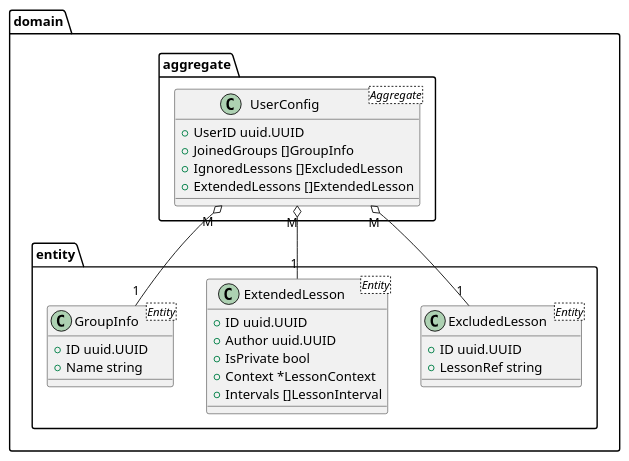
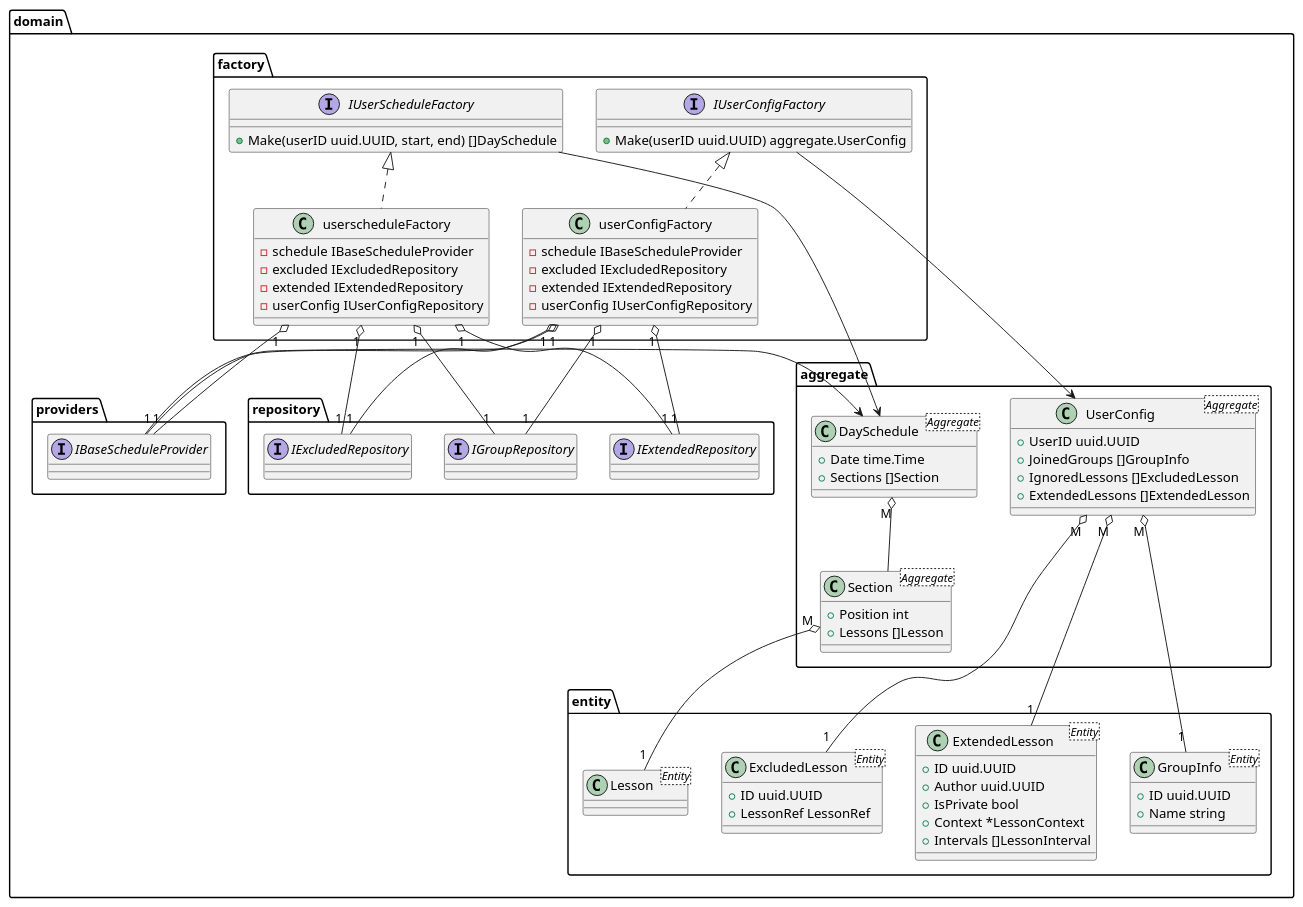
One commit to tellmeac/ExtendedSchedule changed the diagram in ExtendedSchedule/docs/domain.puml. Above: the diagram before and after it, drawn with PlantUML. The commit also changed 11 other files, not shown here.

Commit message:
feat: extended build in factory

```diff
--- a/ExtendedSchedule/docs/domain.puml
+++ b/ExtendedSchedule/docs/domain.puml
@@ -1,38 +1,111 @@
 @startuml EntityDiagram
 
 namespace domain {
-    namespace aggregate {
-        class UserConfig <Aggregate> {
-            +UserID uuid.UUID
-            +JoinedGroups []GroupInfo
-            +IgnoredLessons []ExcludedLesson
-            +ExtendedLessons []ExtendedLesson
+    namespace entity {
+        class Lesson <Entity> {
+
         }
-    }
 
-    namespace entity {
         class ExcludedLesson <Entity> {
             +ID uuid.UUID
-            +LessonRef string
+            +LessonRef LessonRef
         }
 
         class ExtendedLesson <Entity> {
             +ID uuid.UUID
             +Author uuid.UUID
             +IsPrivate bool
             +Context *LessonContext
             +Intervals []LessonInterval
         }
 
         class GroupInfo <Entity> {
             + ID uuid.UUID
             + Name string
         }
     }
 
+    namespace aggregate {
+        class UserConfig <Aggregate> {
+            +UserID uuid.UUID
+            +JoinedGroups []GroupInfo
+            +IgnoredLessons []ExcludedLesson
+            +ExtendedLessons []ExtendedLesson
+        }
+
+        class DaySchedule <Aggregate> {
+            +Date time.Time
+            +Sections []Section
+        }
+
+        class Section <Aggregate> {
+            +Position int
+            +Lessons []Lesson
+        }
+
+        DaySchedule "M" o-- Section
+        Section "M" o-- "1" domain.entity.Lesson
+    }
+
     domain.aggregate.UserConfig "M" o-- "1" domain.entity.ExcludedLesson
     domain.aggregate.UserConfig "M" o-- "1" domain.entity.ExtendedLesson
     domain.aggregate.UserConfig "M" o-- "1" domain.entity.GroupInfo
+
+    namespace repository {
+        interface IExcludedRepository {
+        }
+
+        interface IExtendedRepository {
+        }
+
+        interface IGroupRepository {
+        }
+    }
+
+    namespace providers {
+        interface IBaseScheduleProvider {
+        }
+
+        IBaseScheduleProvider --r-> domain.aggregate.DaySchedule
+    }
+
+    namespace factory {
+        interface IUserConfigFactory {
+            +Make(userID uuid.UUID) aggregate.UserConfig
+        }
+
+        IUserConfigFactory --> domain.aggregate.UserConfig
+
+        class userConfigFactory implements IUserConfigFactory {
+            -schedule IBaseScheduleProvider
+            -excluded IExcludedRepository
+            -extended IExtendedRepository
+            -userConfig IUserConfigRepository
+        }
+
+        userConfigFactory "1" o-- "1" domain.repository.IExcludedRepository
+        userConfigFactory "1" o-- "1" domain.repository.IExtendedRepository
+        userConfigFactory "1" o-- "1" domain.repository.IGroupRepository
+        userConfigFactory "1" o-- "1" domain.providers.IBaseScheduleProvider
+
+        interface IUserScheduleFactory {
+            +Make(userID uuid.UUID, start, end) []DaySchedule
+        }
+
+        IUserScheduleFactory --> domain.aggregate.DaySchedule
+
+        class userscheduleFactory implements IUserScheduleFactory {
+            -schedule IBaseScheduleProvider
+            -excluded IExcludedRepository
+            -extended IExtendedRepository
+            -userConfig IUserConfigRepository
+        }
+
+        userscheduleFactory "1" o-- "1" domain.repository.IExcludedRepository
+        userscheduleFactory "1" o-- "1" domain.repository.IExtendedRepository
+        userscheduleFactory "1" o-- "1" domain.repository.IGroupRepository
+        userscheduleFactory "1" o-- "1" domain.providers.IBaseScheduleProvider
+    }
 }
 
 @enduml
```
